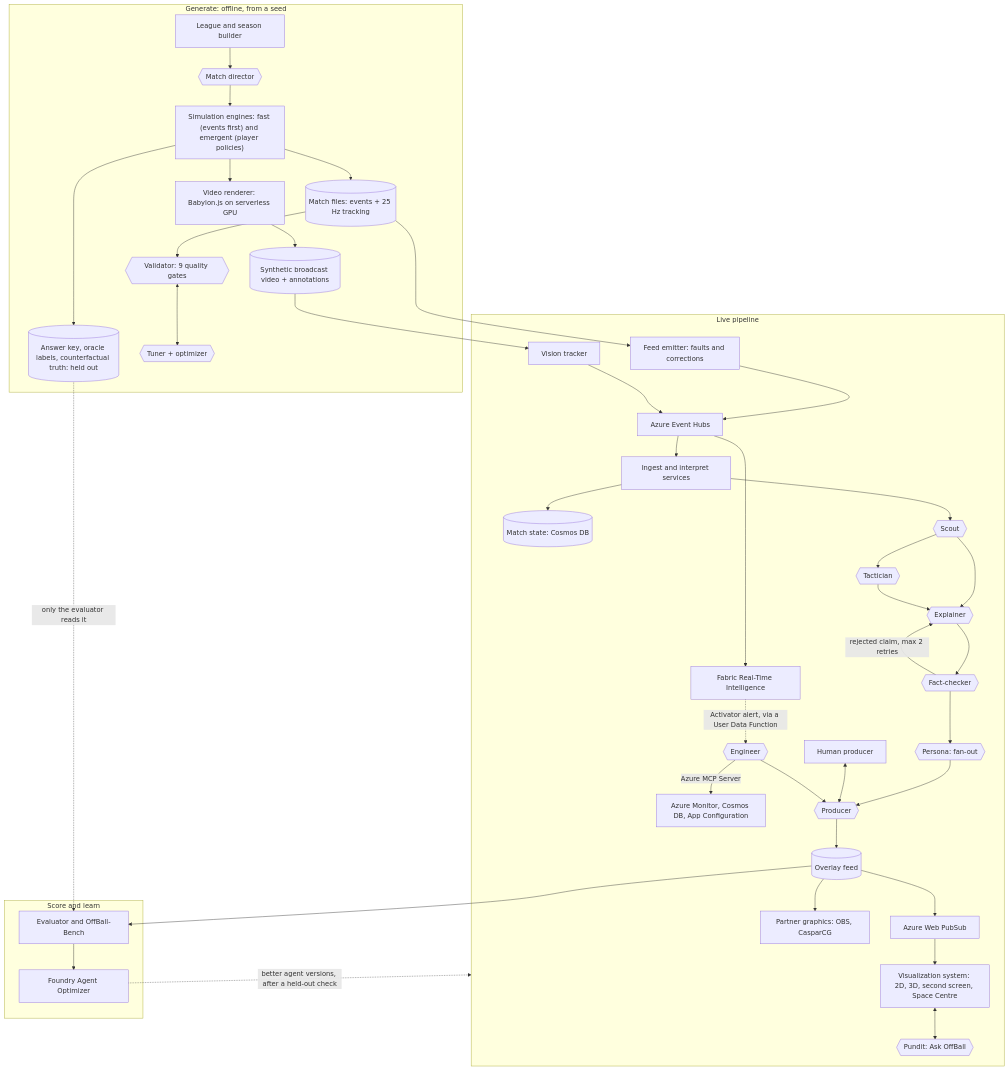
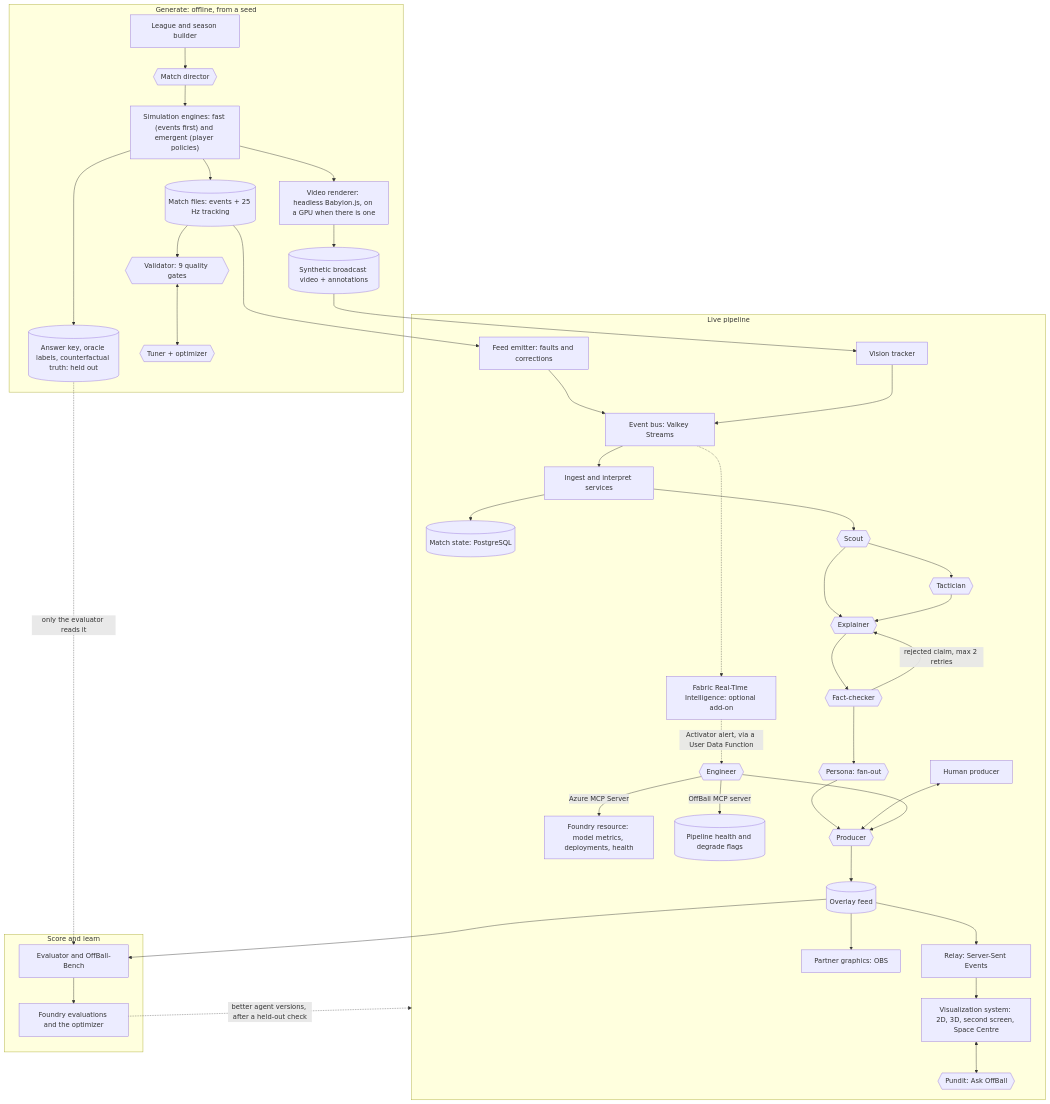
Before and after one commit to FelixMatrixar/OffBall: the first of 5 diagrams in PRD.md, drawn with Mermaid. The commit also changed other lines of this file and 4 other files, not shown here.

````diff
--- a/PRD.md
+++ b/PRD.md
@@ -449,44 +449,45 @@
 ```mermaid
 flowchart TB
   subgraph GEN["Generate: offline, from a seed"]
     LB["League and season builder"] --> MD{{"Match director"}}
     MD --> ENG["Simulation engines: fast (events first) and emergent (player policies)"]
     ENG --> MF[("Match files: events + 25 Hz tracking")]
     ENG --> AK[("Answer key, oracle labels, counterfactual truth: held out")]
-    ENG --> VR["Video renderer: Babylon.js on serverless GPU"]
+    ENG --> VR["Video renderer: headless Babylon.js, on a GPU when there is one"]
     VR --> VID[("Synthetic broadcast video + annotations")]
     MF --> VA{{"Validator: 9 quality gates"}}
     VA <--> TU{{"Tuner + optimizer"}}
   end
   subgraph LIVE["Live pipeline"]
-    FE["Feed emitter: faults and corrections"] --> EH["Azure Event Hubs"]
+    FE["Feed emitter: faults and corrections"] --> EH["Event bus: Valkey Streams"]
     VID --> CV["Vision tracker"] --> EH
     EH --> IN["Ingest and interpret services"]
-    EH --> FAB["Fabric Real-Time Intelligence"]
-    IN --> MS[("Match state: Cosmos DB")]
+    EH -.-> FAB["Fabric Real-Time Intelligence: optional add-on"]
+    IN --> MS[("Match state: PostgreSQL")]
     IN --> SC{{"Scout"}}
     SC --> TA{{"Tactician"}}
     SC --> EX{{"Explainer"}}
     TA --> EX
     EX --> FC{{"Fact-checker"}}
     FC -- "rejected claim, max 2 retries" --> EX
     FC --> PE{{"Persona: fan-out"}}
     PE --> PR{{"Producer"}}
     HP["Human producer"] <--> PR
     PR --> OF[("Overlay feed")]
-    OF --> WPS["Azure Web PubSub"]
+    OF --> WPS["Relay: Server-Sent Events"]
     WPS --> UI["Visualization system: 2D, 3D, second screen, Space Centre"]
-    OF --> PG["Partner graphics: OBS, CasparCG"]
+    OF --> PG["Partner graphics: OBS"]
     UI <--> PU{{"Pundit: Ask OffBall"}}
     FAB -. "Activator alert, via a User Data Function" .-> OPS{{"Engineer"}}
-    OPS -- "Azure MCP Server" --> AZ["Azure Monitor, Cosmos DB, App Configuration"]
+    OPS -- "Azure MCP Server" --> AZ["Foundry resource: model metrics, deployments, health"]
+    OPS -- "OffBall MCP server" --> FL[("Pipeline health and degrade flags")]
     OPS --> PR
   end
   subgraph SCORE["Score and learn"]
-    EV["Evaluator and OffBall-Bench"] --> AO["Foundry Agent Optimizer"]
+    EV["Evaluator and OffBall-Bench"] --> AO["Foundry evaluations and the optimizer"]
   end
   MF --> FE
   OF --> EV
   AK -. "only the evaluator reads it" .-> EV
   AO -. "better agent versions, after a held-out check" .-> LIVE
 ```
````
